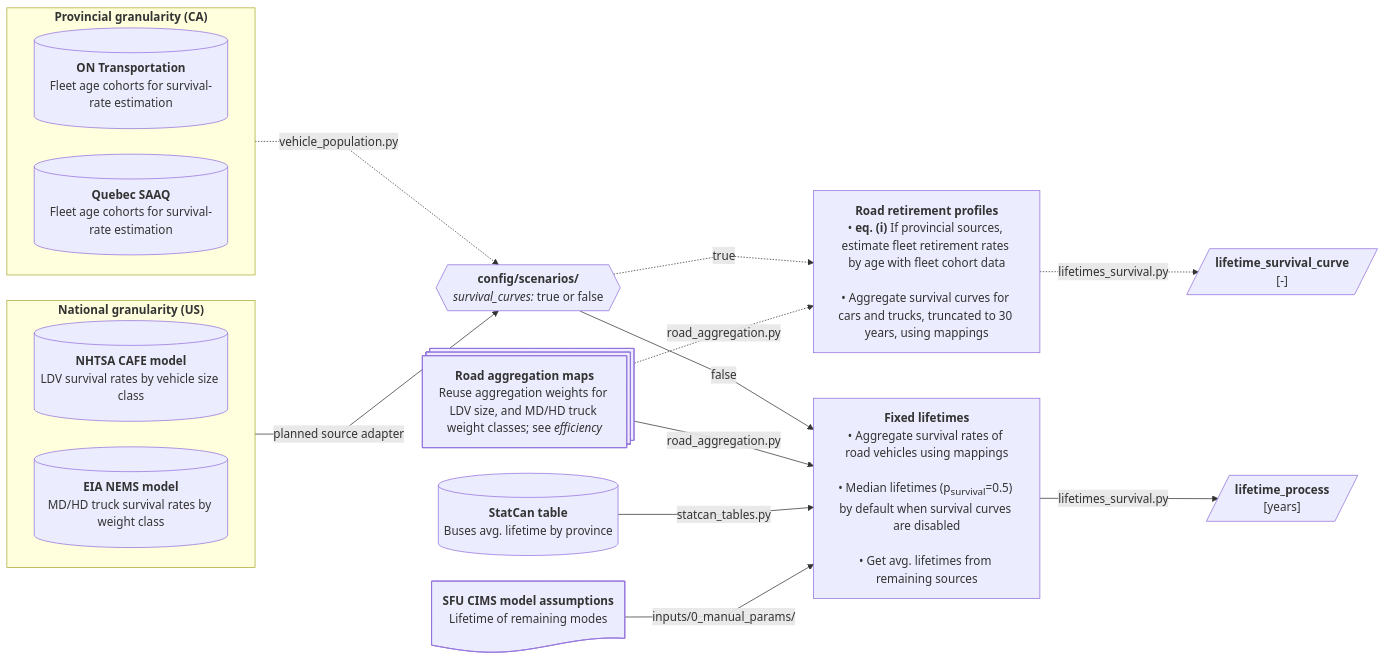
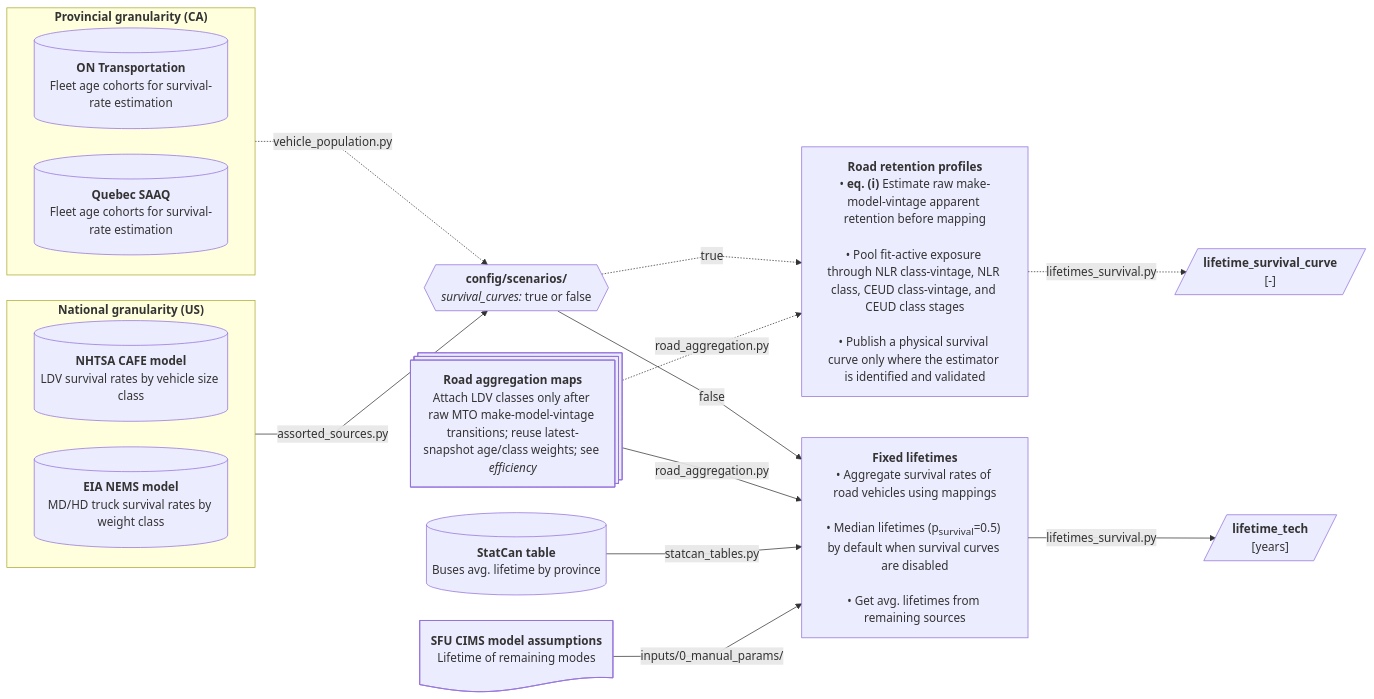
One commit to CANOE-main/canoe-transportation changed the fifth of 8 diagrams in docs/etl_flowcharts.md. Above: the diagram before and after it, drawn with Mermaid. The commit also changed other lines of this file and 63 other files, not shown here.

````diff
--- a/docs/etl_flowcharts.md
+++ b/docs/etl_flowcharts.md
@@ -205,53 +205,53 @@
 ```mermaid
 ---
 config:
   layout: dagre
   flowchart:
     nodeSpacing: 35
     rankSpacing: 50
     wrappingWidth: 250
     curve: linear
 ---
 flowchart LR
   %% --- Sources ---
   subgraph national["`**National granularity (US)**`"]
     direction LR
     s2[("`**NHTSA CAFE model**<br>LDV survival rates by vehicle size class`")]
     s3[("`**EIA NEMS model**<br>MD/HD truck survival rates by weight class`")]
   end
   subgraph provincial["`**Provincial granularity (CA)**`"]
     direction LR
     s0[("`**ON Transportation**<br>Fleet age cohorts for survival-rate estimation`")]
     s1[("`**Quebec SAAQ**<br>Fleet age cohorts for survival-rate estimation`")]
   end
 
   %% --- Processes ---
   p1@{shape: hex, label: "**config/scenarios/**<br>*survival_curves:* true or false"}
   provincial -. "vehicle_population.py" .-> p1
-  national -- planned source adapter --> p1
-  
-  s6@{shape: processes, label: "**Road aggregation maps**<br>Reuse aggregation weights for LDV size, and MD/HD truck weight classes; see *efficiency*"}
+  national -- assorted_sources.py --> p1
+
+  s6@{shape: processes, label: "**Road aggregation maps**<br>Attach LDV classes only after raw MTO make-model-vintage transitions; reuse latest-snapshot age/class weights; see *efficiency*"}
   s4[("`**StatCan table**<br>Buses avg. lifetime by province`")]
   s5@{shape: doc, label: "**SFU CIMS model assumptions**<br>Lifetime of remaining modes"}
 
-  p2["`**Road retirement profiles**<br>• **eq. (i)** If provincial sources, estimate fleet retirement rates by age with fleet cohort data<br><br>• Aggregate survival curves for cars and trucks, truncated to 30 years, using mappings`"]
+  p2["`**Road retention profiles**<br>• **eq. (i)** Estimate raw make-model-vintage apparent retention before mapping<br><br>• Pool fit-active exposure through NLR class-vintage, NLR class, CEUD class-vintage, and CEUD class stages<br><br>• Publish a physical survival curve only where the estimator is identified and validated`"]
   p1 -. true .-> p2
   s6 -. "road_aggregation.py" .-> p2
-  
+
   p3["`**Fixed lifetimes**<br>• Aggregate survival rates of road vehicles using mappings<br><br>• Median lifetimes (p<sub>survival</sub>=0.5) by default when survival curves are disabled<br><br>• Get avg. lifetimes from remaining sources`"]
   p1 -- false --> p3
   s6 -- road_aggregation.py --> p3
   s4 -- statcan_tables.py --> p3
   s5 -- inputs/0_manual_params/ --> p3
 
   p2 -. "lifetimes_survival.py" .-> o1[/"`**lifetime_survival_curve**<br>[-]`"/]
-  p3 -- lifetimes_survival.py --> o2[/"`**lifetime_process**<br>[years]`"/]
+  p3 -- lifetimes_survival.py --> o2[/"`**lifetime_tech**<br>[years]`"/]
 
   %% --- Hyperlinks ---
   click s0 "https://data.ontario.ca/dataset/vehicle-population-data"
   click s1 "https://www.donneesquebec.ca/recherche/dataset/vehicules-en-circulation"
   click s2 "https://www.nhtsa.gov/file-downloads?p=nhtsa/downloads/CAFE/2024-FRM-LD-2b3-2027-2035/Central-Analysis/"
   click s3 "https://github.com/EIAgov/NEMS/blob/main/input/tdm/trnhdvx.xlsx"
   click s4 "https://doi.org/10.25318/3410025401-eng"
   click s5 "https://github.com/EMRG-SFU/cims-models/tree/main/sources/sectors"
 ```
````
